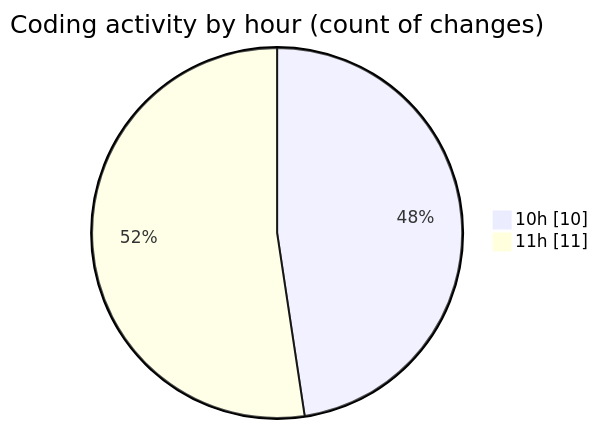
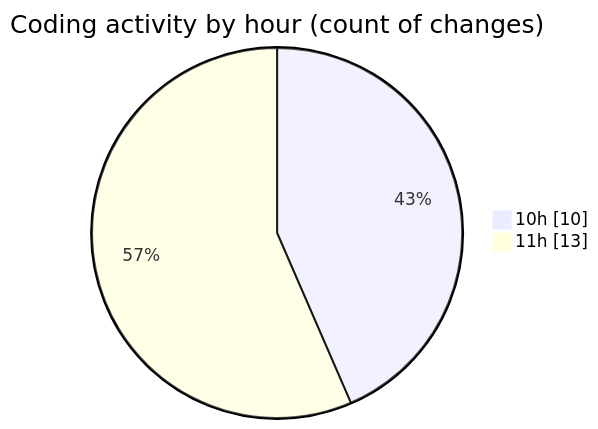
One commit to BS-eng2023/code-tracking changed the second of 2 diagrams in 2025-03-31/jsvms/README.md. Above: the diagram before and after it, drawn with Mermaid. The commit also changed other lines of this file and 1 other file, not shown here.

````diff
--- a/2025-03-31/jsvms/README.md
+++ b/2025-03-31/jsvms/README.md
@@ -36,6 +36,6 @@
 ```mermaid
 pie showData
 title Coding activity by hour (count of changes)
 "10h" : 10
-"11h" : 11
+"11h" : 13
 ```
````
